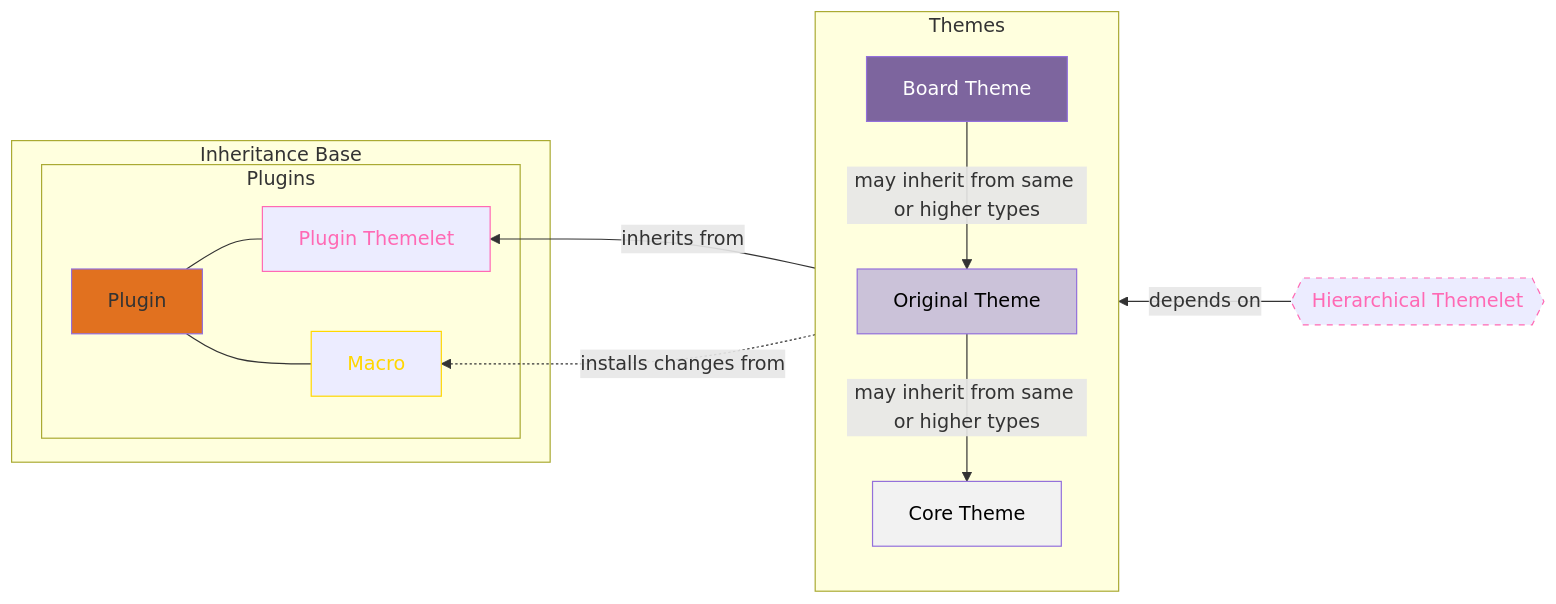
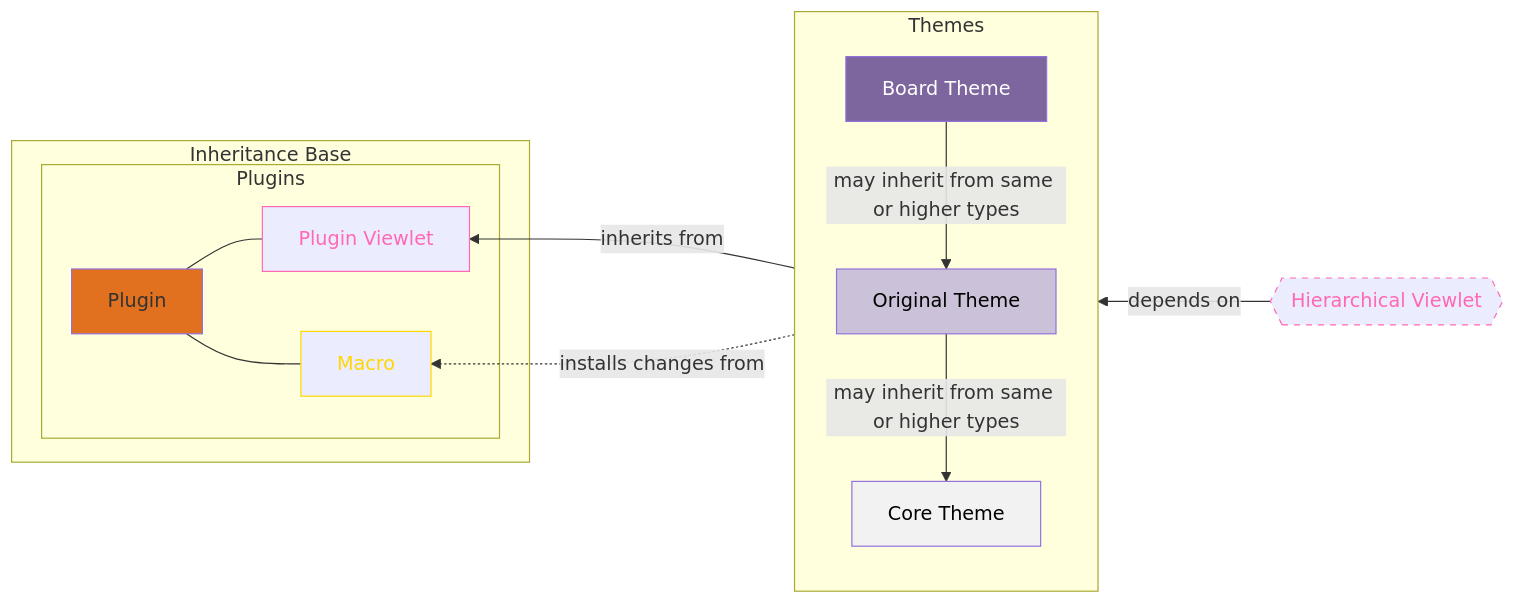
The first of 4 diagrams in architecture/mybb-1.9-theme-system.md (mybb/meta), drawn with Mermaid before and after one commit. The commit also changed other lines of this file and 1 other file, not shown here.

Commit message:
Rename `Themelet` to `Viewlet`

````diff
--- a/architecture/mybb-1.9-theme-system.md
+++ b/architecture/mybb-1.9-theme-system.md
@@ -165,42 +165,42 @@
   ```mermaid
   flowchart RL
       subgraph ThemesGraph[Themes]
           CoreTheme[Core Theme]
   
           OriginalTheme[Original Theme]
           OriginalTheme--may inherit from same or higher types-->CoreTheme
   
           BoardTheme[Board Theme]
           BoardTheme--may inherit from same or higher types-->OriginalTheme
   
           style CoreTheme fill:#f2f2f2,color:#000
           style OriginalTheme fill:#cbc2d9,color:#000
           style BoardTheme fill:#7d659e,color:#fff
       end
   
-      ThemesGraph--inherits from-->PluginThemelet
+      ThemesGraph--inherits from-->PluginViewlet
       ThemesGraph-.installs changes from.->PluginMacro
   
       subgraph InheritanceBase[Inheritance Base]
           subgraph PluginsGraph[Plugins]
-              PluginThemelet[Plugin Themelet]:::themelet
-              PluginThemelet---Plugin
+              PluginViewlet[Plugin Viewlet]:::viewlet
+              PluginViewlet---Plugin
 
               PluginMacro[Macro]:::macro
               PluginMacro---Plugin
   
               Plugin[Plugin]
   
               style Plugin fill:#e1711f
           end
       end
   
-      HierarchicalThemelet{{Hierarchical Themelet}}:::abstract
-      HierarchicalThemelet:::themelet
-      HierarchicalThemelet--depends on-->ThemesGraph
+      HierarchicalViewlet{{Hierarchical Viewlet}}:::abstract
+      HierarchicalViewlet:::viewlet
+      HierarchicalViewlet--depends on-->ThemesGraph
   
   
       classDef abstract stroke-dasharray:5 5
       classDef macro stroke:gold,color:gold
-      classDef themelet stroke:hotpink,color:hotpink
+      classDef viewlet stroke:hotpink,color:hotpink
   ```
````
